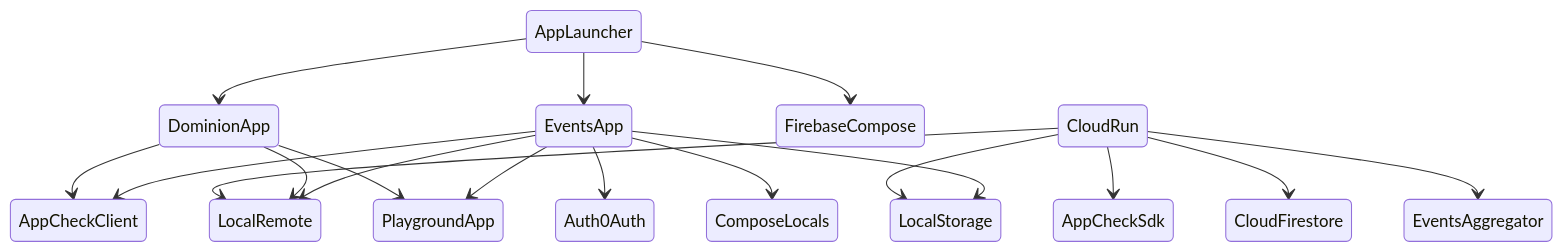
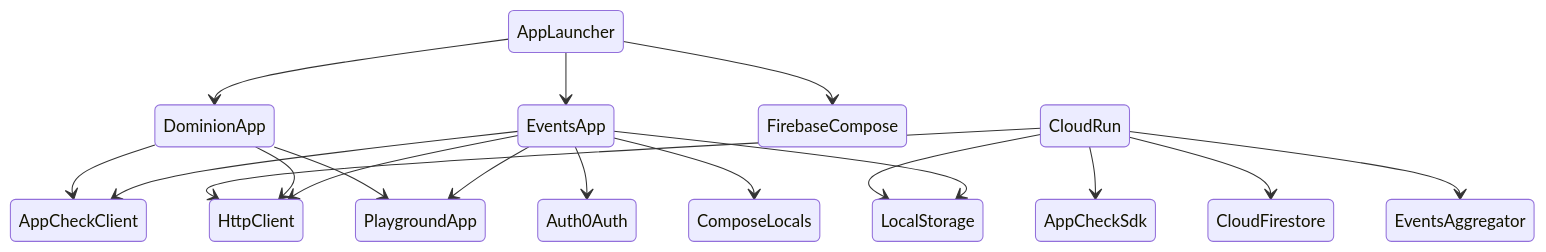
Before and after one commit to ashdavies/playground.ashdavies.dev: the diagram in README.md, drawn with Mermaid. The commit also changed other lines of this file and 25 other files, not shown here.

Commit message:
Rename local-remote to http-client

````diff
--- a/README.md
+++ b/README.md
@@ -44,23 +44,23 @@
 ```mermaid
 stateDiagram-v2
     AppLauncher --> DominionApp
     AppLauncher --> EventsApp
     AppLauncher --> FirebaseCompose
 
     CloudRun --> AppCheckSdk
     CloudRun --> CloudFirestore
     CloudRun --> EventsAggregator
-    CloudRun --> LocalRemote
+    CloudRun --> HttpClient
     CloudRun --> LocalStorage
 
     DominionApp --> AppCheckClient
-    DominionApp --> LocalRemote
+    DominionApp --> HttpClient
     DominionApp --> PlaygroundApp
 
     EventsApp --> AppCheckClient
     EventsApp --> Auth0Auth
     EventsApp --> ComposeLocals
-    EventsApp --> LocalRemote
+    EventsApp --> HttpClient
     EventsApp --> LocalStorage
     EventsApp --> PlaygroundApp
 ```
````
